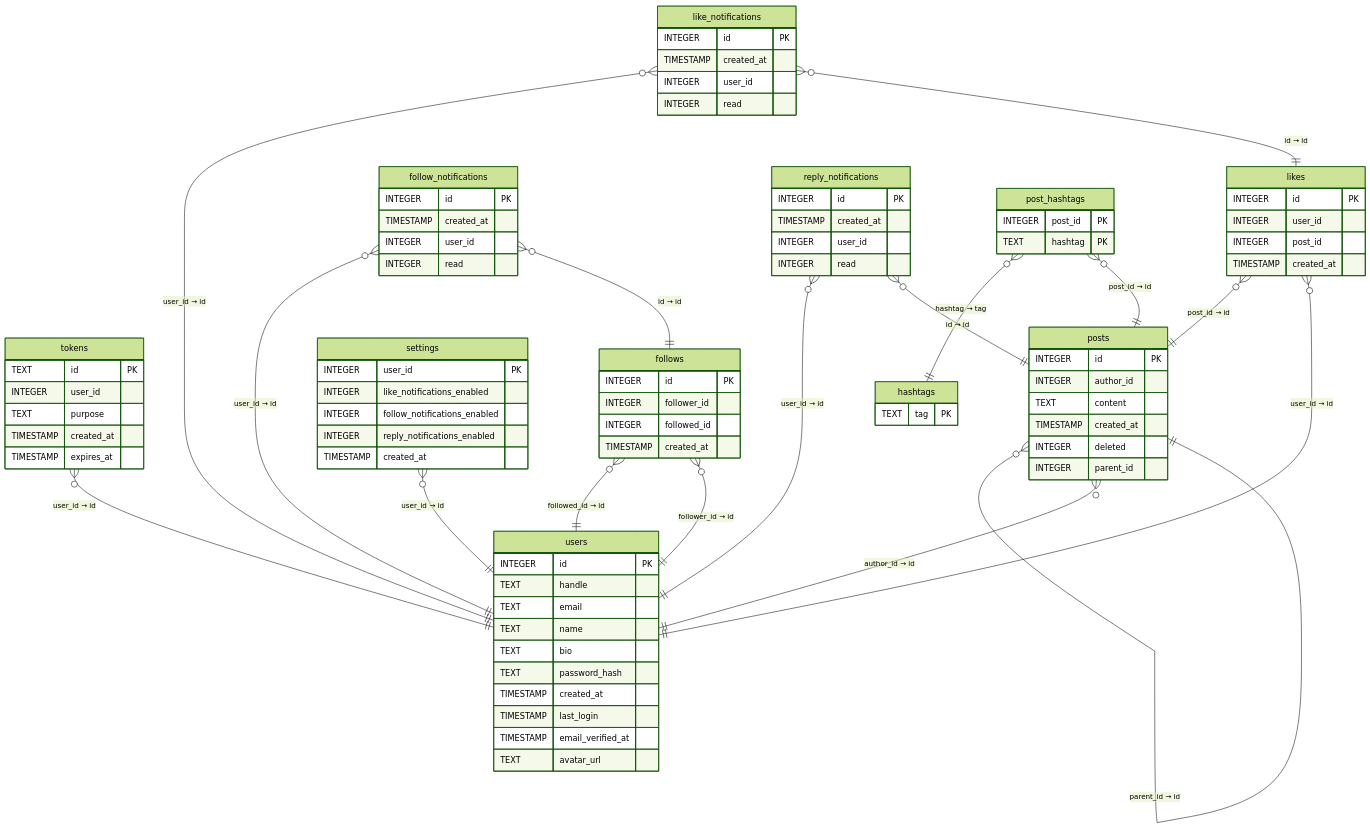
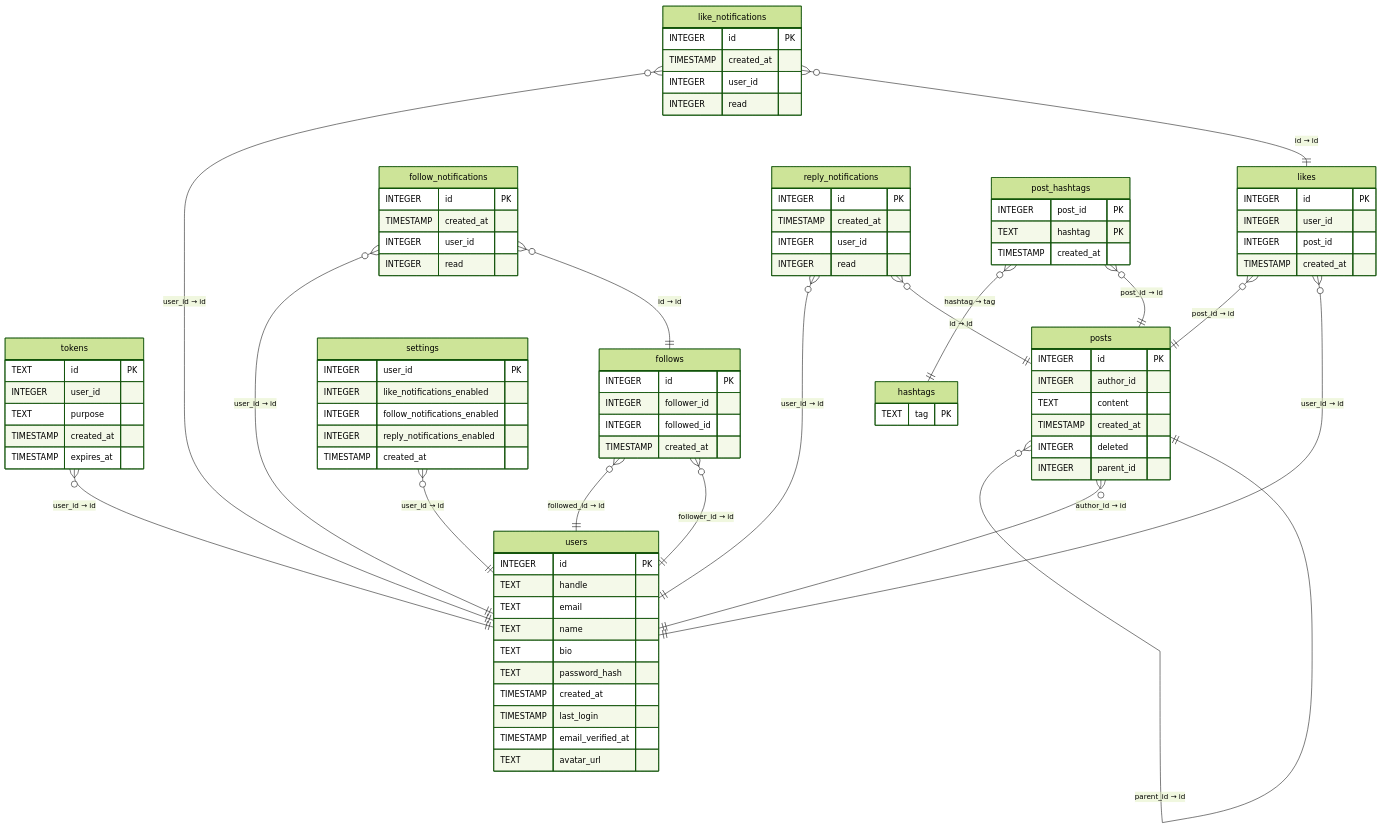
The diagram in DATABASE.md (ScriptRaccoon/twelte), drawn with Mermaid (forest theme) before and after one commit.

Commit message:
update diagram

```diff
--- a/DATABASE.md
+++ b/DATABASE.md
@@ -72,6 +72,7 @@
   post_hashtags {
     INTEGER post_id PK
     TEXT hashtag PK
+    TIMESTAMP created_at
   }
   tokens }o--|| users : "user_id → id"
   follows }o--|| users : "followed_id → id"
```
